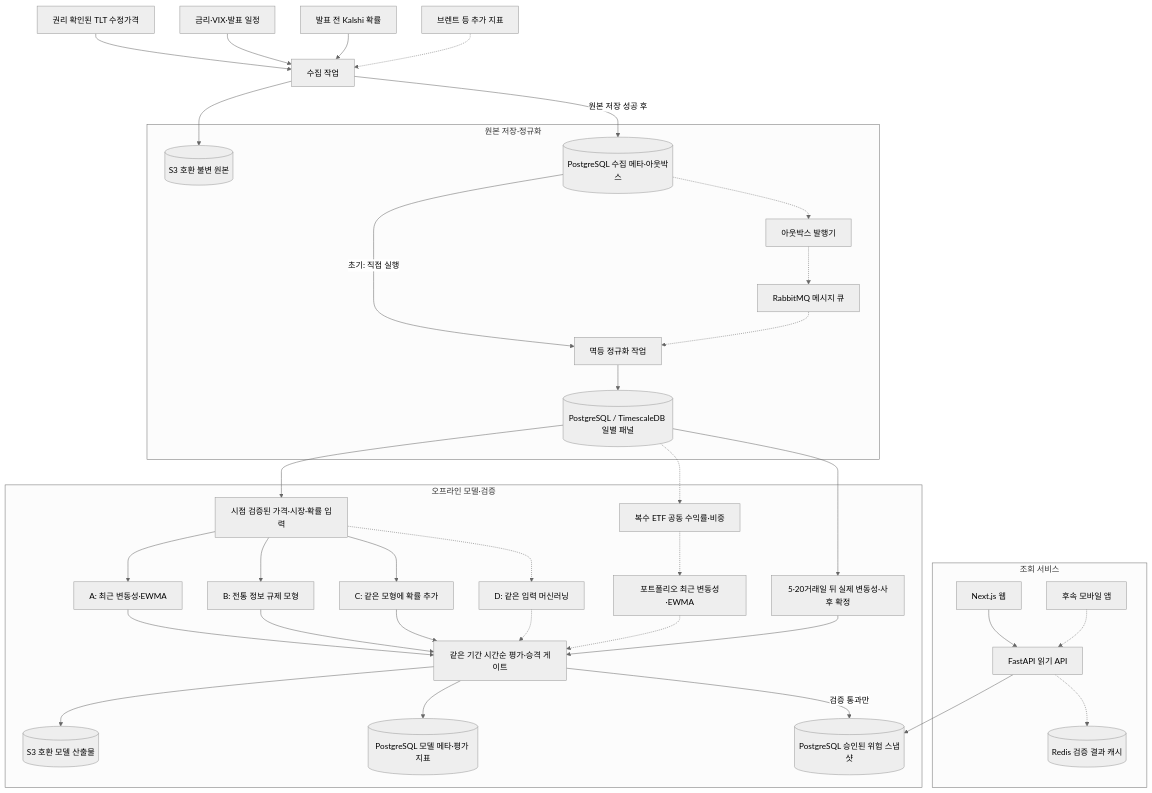
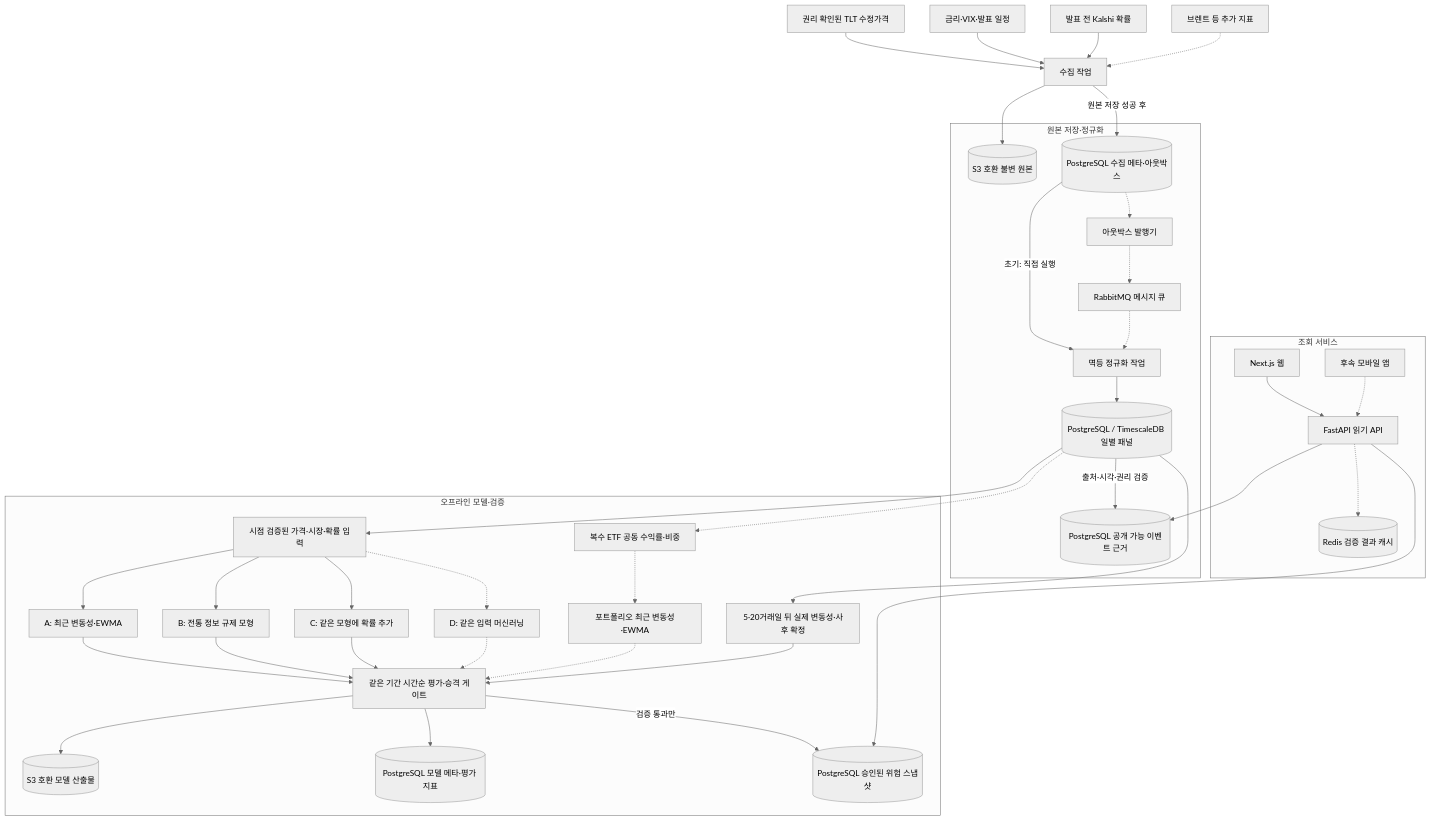
Before and after one commit to AnDev77/ShockGarph_AI: the first of 2 diagrams in docs/architecture.md, drawn with Mermaid (neutral theme). The commit also changed other lines of this file and 9 other files, not shown here.

````diff
--- a/docs/architecture.md
+++ b/docs/architecture.md
@@ -12,61 +12,64 @@
 ```mermaid
 flowchart TB
     S["권리 확인된 TLT 수정가격"] --> C["수집 작업"]
     O["금리·VIX·발표 일정"] --> C
     K["발표 전 Kalshi 확률"] --> C
     BRENT["브렌트 등 추가 지표"] -.-> C
 
     subgraph DATA["원본 저장·정규화"]
         RAW[("S3 호환 불변 원본")]
         META[("PostgreSQL 수집 메타·아웃박스")]
         PUB["아웃박스 발행기"]
         MQ["RabbitMQ 메시지 큐"]
         N["멱등 정규화 작업"]
         PANEL[("PostgreSQL / TimescaleDB 일별 패널")]
+        EVID[("PostgreSQL 공개 가능 이벤트 근거")]
     end
     C --> RAW
     C -->|원본 저장 성공 후| META
     META -->|초기: 직접 실행| N
     META -.-> PUB
     PUB -.-> MQ
     MQ -.-> N
     N --> PANEL
+    PANEL -->|출처·시각·권리 검증| EVID
 
     subgraph MODEL["오프라인 모델·검증"]
         F["시점 검증된 가격·시장·확률 입력"]
         L["5·20거래일 뒤 실제 변동성·사후 확정"]
         B["A: 최근 변동성·EWMA"]
         M["B: 전통 정보 규제 모형"]
         PC["C: 같은 모형에 확률 추가"]
         ML["D: 같은 입력 머신러닝"]
         P["복수 ETF 공동 수익률·비중"]
         PB["포트폴리오 최근 변동성·EWMA"]
         E["같은 기간 시간순 평가·승격 게이트"]
         ART[("S3 호환 모델 산출물")]
         REG[("PostgreSQL 모델 메타·평가 지표")]
         SNAP[("PostgreSQL 승인된 위험 스냅샷")]
     end
     PANEL --> F
     PANEL --> L
     F --> B --> E
     F --> M --> E
     F --> PC --> E
     F -.-> ML -.-> E
     PANEL -.-> P
     P -.-> PB -.-> E
     L --> E
     E --> ART
     E --> REG
     E -->|검증 통과만| SNAP
 
     subgraph SERVE["조회 서비스"]
         WEB["Next.js 웹"]
         APP["후속 모바일 앱"]
         API["FastAPI 읽기 API"]
         CACHE[("Redis 검증 결과 캐시")]
     end
     WEB --> API
     APP -.-> API
     API --> SNAP
+    API --> EVID
     API -.-> CACHE
 ```
````
